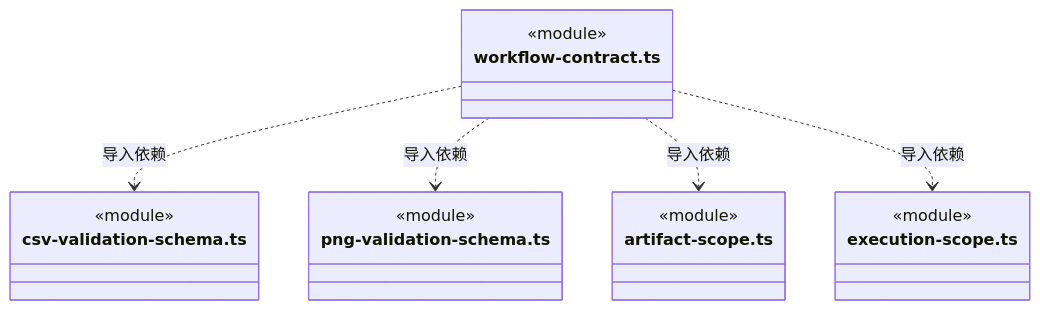
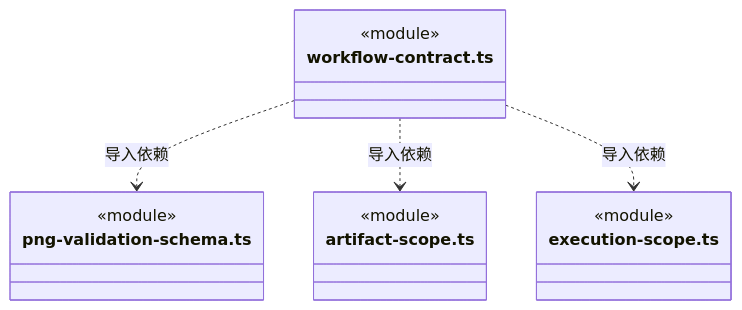
Before and after one commit to nan023062/cbim: diagram 37 of 37 in src/backend/core/workspace/ARCHITECTURE.md, drawn with Mermaid. The commit also changed other lines of this file and 971 other files, not shown here.

First line of the commit message:
refactor: align backend source layout with V&B module boundaries

````diff
--- a/src/backend/core/workspace/ARCHITECTURE.md
+++ b/src/backend/core/workspace/ARCHITECTURE.md
@@ -850,22 +826,18 @@
 ```mermaid
 classDiagram
 class N_src_backend_core_workspace_workflow_contract_ts["workflow-contract.ts"] {
-  <<module>>
-}
-class N_src_backend_core_workspace_csv_validation_schema_ts["csv-validation-schema.ts"] {
   <<module>>
 }
 class N_src_backend_core_workspace_png_validation_schema_ts["png-validation-schema.ts"] {
   <<module>>
 }
 class N_src_backend_core_workspace_artifact_scope_ts["artifact-scope.ts"] {
   <<module>>
 }
 class N_src_backend_core_workspace_execution_scope_ts["execution-scope.ts"] {
   <<module>>
 }
-N_src_backend_core_workspace_workflow_contract_ts ..> N_src_backend_core_workspace_csv_validation_schema_ts : 导入依赖
 N_src_backend_core_workspace_workflow_contract_ts ..> N_src_backend_core_workspace_png_validation_schema_ts : 导入依赖
 N_src_backend_core_workspace_workflow_contract_ts ..> N_src_backend_core_workspace_artifact_scope_ts : 导入依赖
 N_src_backend_core_workspace_workflow_contract_ts ..> N_src_backend_core_workspace_execution_scope_ts : 导入依赖
 ```
````
